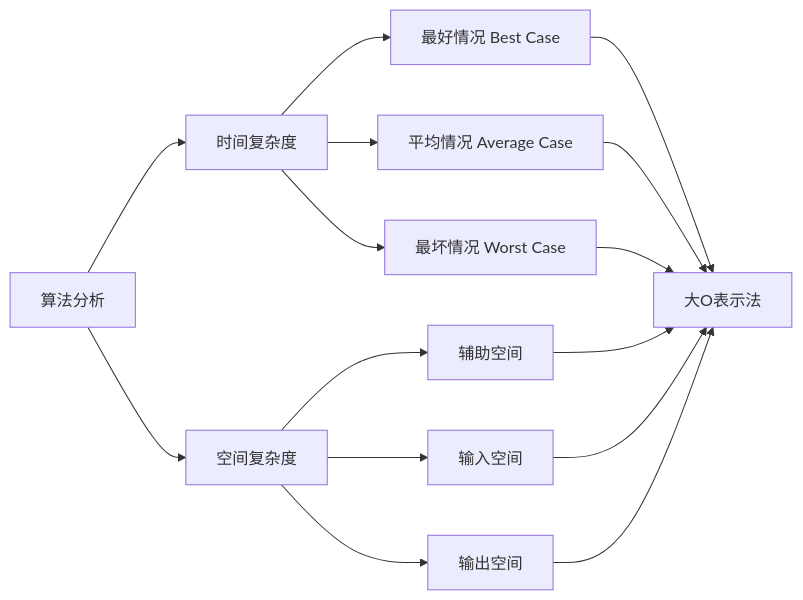
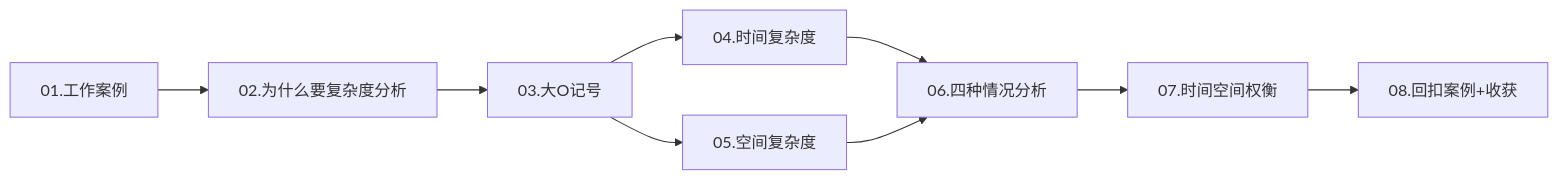
The first of 2 diagrams in 00.通用技术的提升/08.数据结构算法/01.数据结构算法指导.md (chongyang211/YCBookBlog), drawn with Mermaid before and after one commit. The commit also changed other lines of this file and 194 other files, not shown here.

````diff
--- a/00.通用技术的提升/08.数据结构算法/01.数据结构算法指导.md
+++ b/00.通用技术的提升/08.数据结构算法/01.数据结构算法指导.md
@@ -255,20 +41,11 @@
 ```mermaid
-graph LR
-    A[算法分析] --> B[时间复杂度]
-    A --> C[空间复杂度]
-    
-    B --> B1[最好情况 Best Case]
-    B --> B2[平均情况 Average Case]
-    B --> B3[最坏情况 Worst Case]
-    
-    C --> C1[辅助空间]
-    C --> C2[输入空间]
-    C --> C3[输出空间]
-    
-    B1 --> D[大O表示法]
-    B2 --> D
-    B3 --> D
-    C1 --> D
-    C2 --> D
-    C3 --> D
+flowchart LR
+    A[01.工作案例] --> B[02.为什么要复杂度分析]
+    B --> C[03.大O记号]
+    C --> D[04.时间复杂度]
+    C --> E[05.空间复杂度]
+    D --> F[06.四种情况分析]
+    E --> F
+    F --> G[07.时间空间权衡]
+    G --> H[08.回扣案例+收获]
 ```
````
